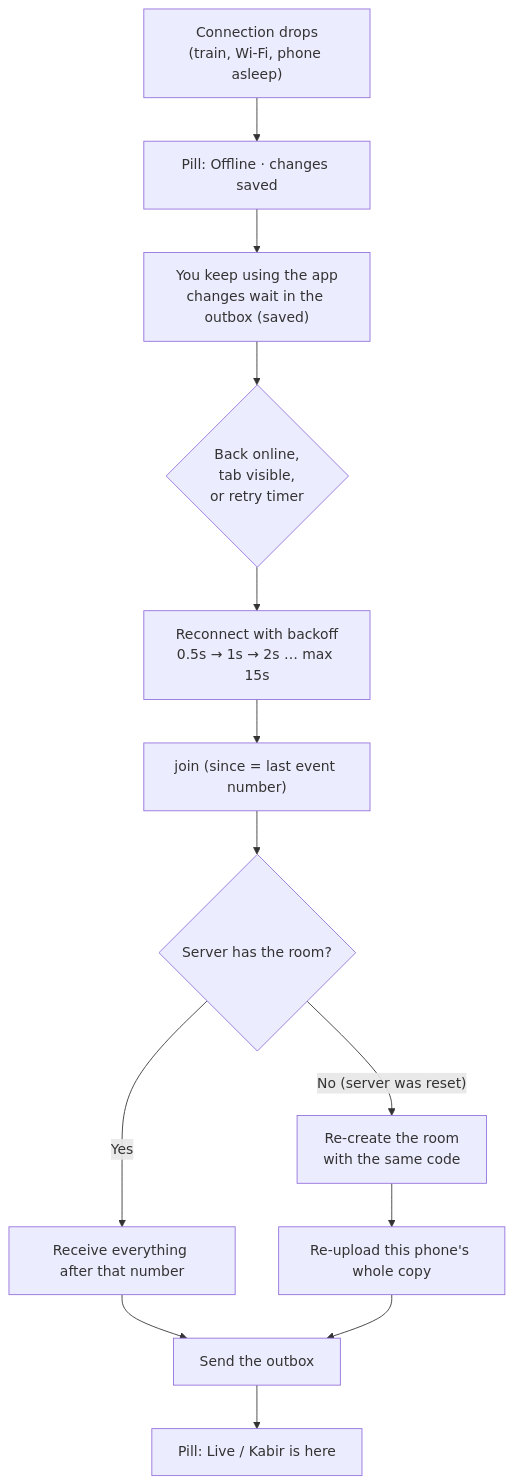
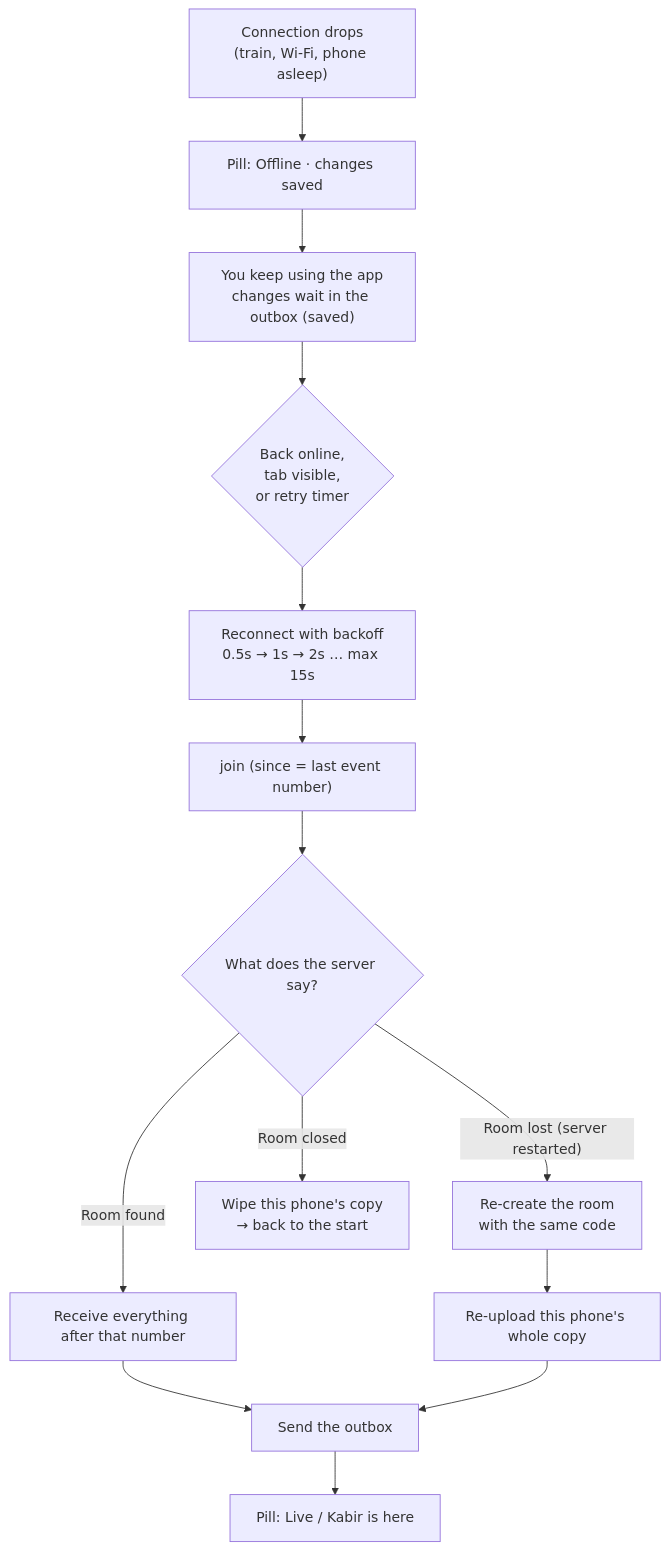
The seventh of 27 diagrams in front-end/doc/04-flowcharts.md (silent-coder-dev/private-space), drawn with Mermaid before and after one commit. The commit also changed other lines of this file and 144 other files, not shown here.

````diff
--- a/front-end/doc/04-flowcharts.md
+++ b/front-end/doc/04-flowcharts.md
@@ -157,15 +152,16 @@
 ```mermaid
 flowchart TD
     A["Connection drops<br/>(train, Wi-Fi, phone asleep)"] --> B["Pill: Offline · changes saved"]
     B --> C["You keep using the app<br/>changes wait in the outbox (saved)"]
     C --> D{"Back online,<br/>tab visible,<br/>or retry timer"}
     D --> E["Reconnect with backoff<br/>0.5s → 1s → 2s … max 15s"]
     E --> F["join (since = last event number)"]
-    F --> G{"Server has the room?"}
-    G -->|"Yes"| H["Receive everything after that number"]
-    G -->|"No (server was reset)"| I["Re-create the room<br/>with the same code"]
+    F --> G{"What does the server say?"}
+    G -->|"Room found"| H["Receive everything after that number"]
+    G -->|"Room lost (server restarted)"| I["Re-create the room<br/>with the same code"]
+    G -->|"Room closed"| W["Wipe this phone's copy<br/>→ back to the start"]
     I --> J["Re-upload this phone's whole copy"]
     H --> K["Send the outbox"]
     J --> K
     K --> L["Pill: Live / Kabir is here"]
 ```
````
